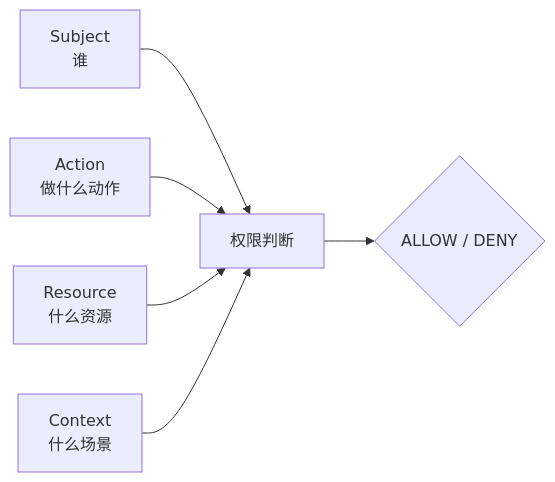
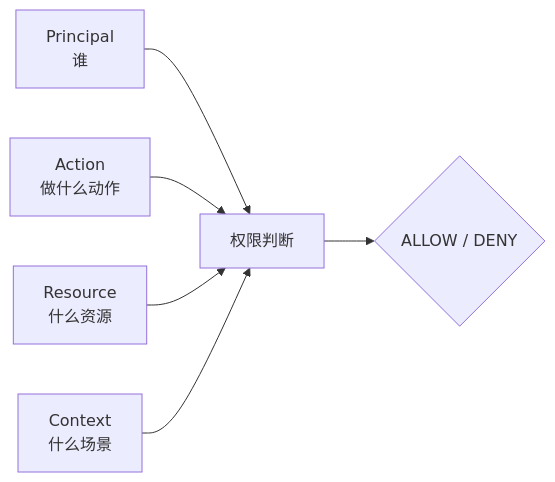
One commit to xuning117634-ux/auth-design-spec changed the first of 6 diagrams in docs/final_design/07_通用权限模型与管理员旅程.md. Above: the diagram before and after it, drawn with Mermaid. The commit also changed other lines of this file and 4 other files, not shown here.

````diff
--- a/docs/final_design/07_通用权限模型与管理员旅程.md
+++ b/docs/final_design/07_通用权限模型与管理员旅程.md
@@ -62,8 +62,8 @@
 ```mermaid
 flowchart LR
-    Subject["Subject<br/>谁"] --> Check["权限判断"]
+    Principal["Principal<br/>谁"] --> Check["权限判断"]
     Action["Action<br/>做什么动作"] --> Check
     Resource["Resource<br/>什么资源"] --> Check
     Context["Context<br/>什么场景"] --> Check
     Check --> Decision{"ALLOW / DENY"}
 ```
````
